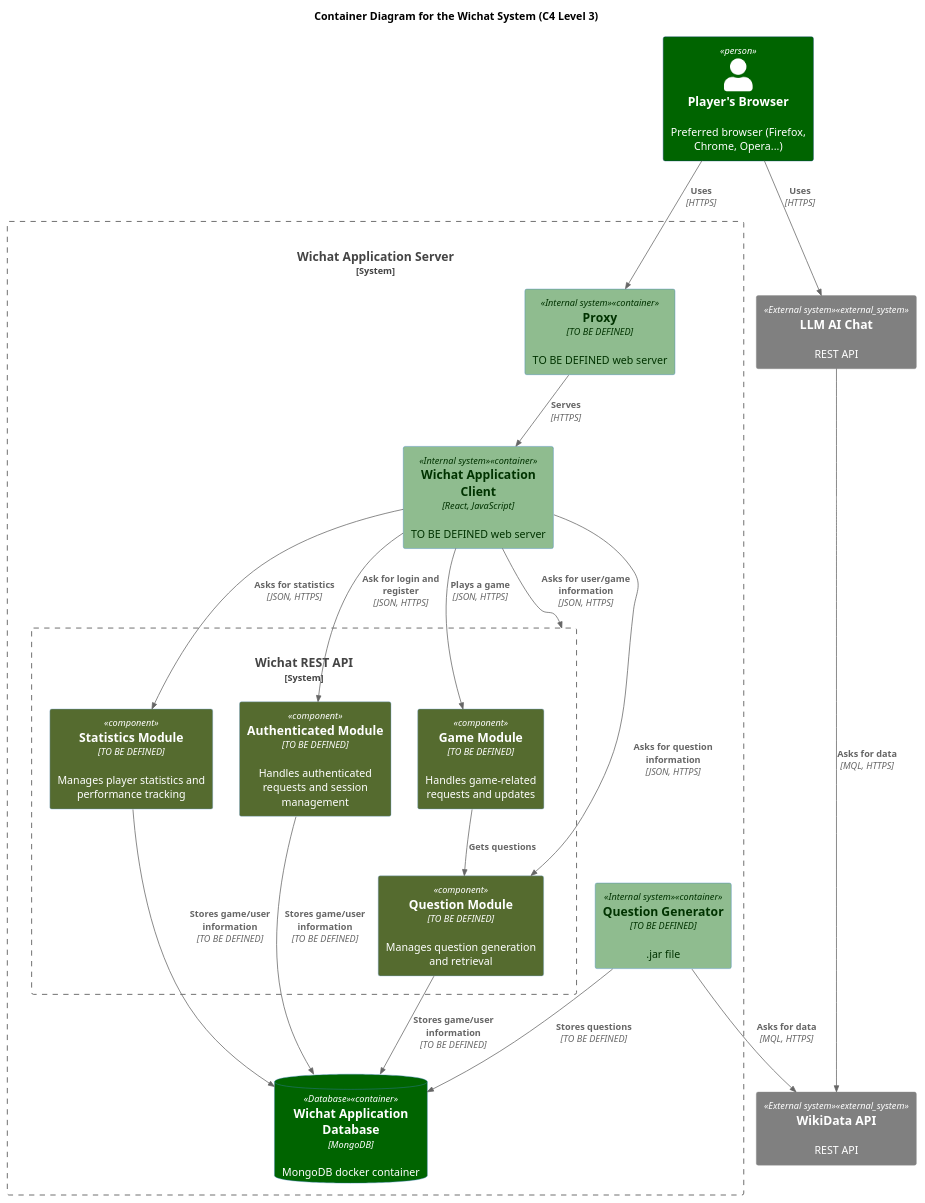
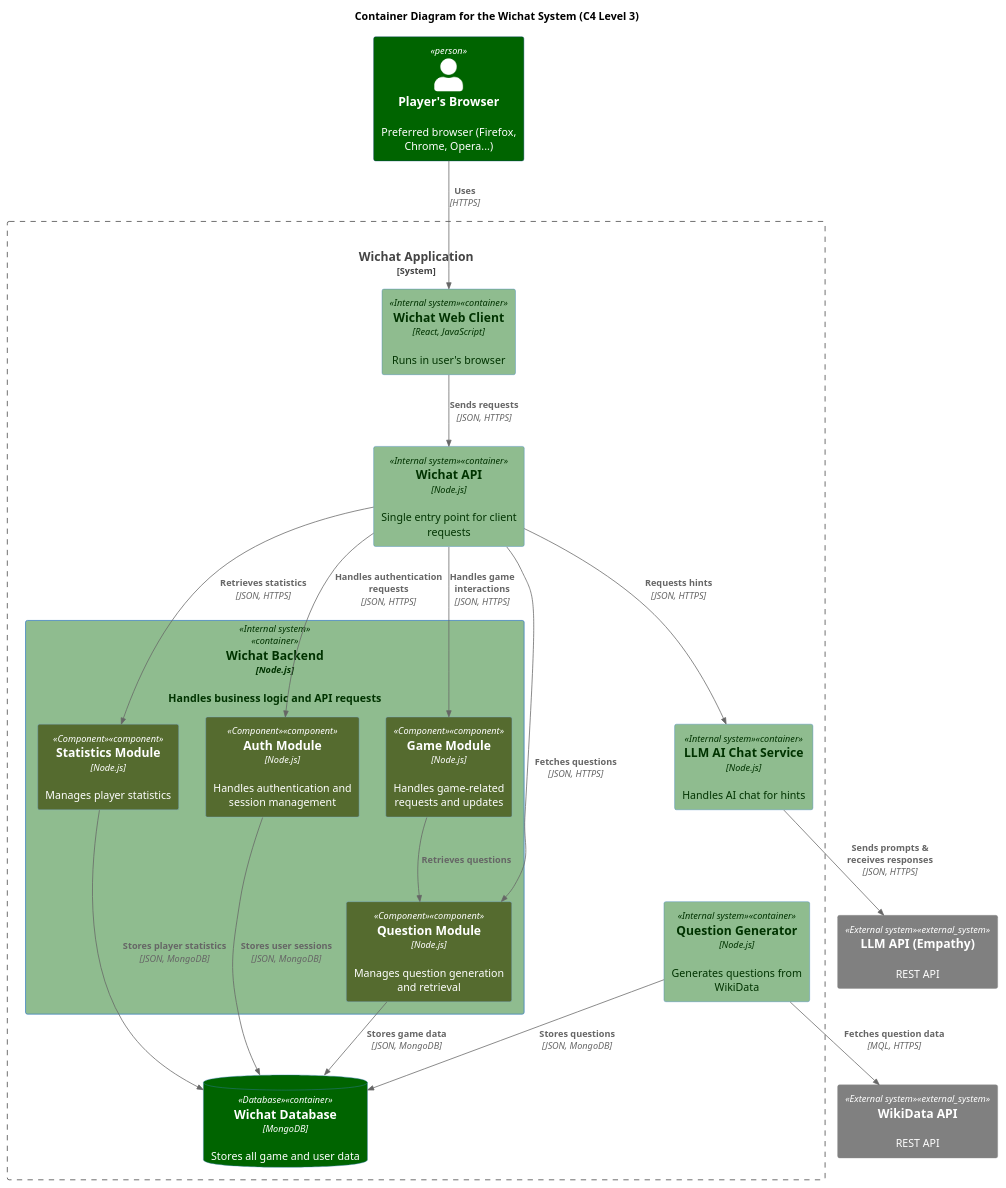
One commit to Arquisoft/wichat_en1a changed the diagram in docs/src/diagrams/C4_component_diagram.puml. Above: the diagram before and after it, drawn with PlantUML. The commit also changed 3 other files, not shown here.

Commit message:
docs: Third draft of the 9th section of the documentation (Architecture Decisions)

```diff
--- a/docs/src/diagrams/C4_component_diagram.puml
+++ b/docs/src/diagrams/C4_component_diagram.puml
@@ -1,56 +1,54 @@
 @startuml
 !includeurl https://raw.githubusercontent.com/RicardoNiepel/C4-PlantUML/master/C4_Container.puml
 !include <c4/C4_Container.puml>
 !include <c4/C4_Component.puml>
 
 title Container Diagram for the Wichat System (C4 Level 3)
 
 AddElementTag("Person", $bgColor="#darkgreen", $fontColor="#white")
 AddElementTag("Internal system", $bgColor="#darkseagreen", $fontColor="#003300")
 AddElementTag("External system", $bgColor="#gray", $fontColor="#white")
 AddElementTag("Database", $bgColor="#darkgreen", $fontColor="#white")
 AddElementTag("Component", $bgColor="#darkolivegreen", $fontColor="#white")
 
 ' Containers
-Person(player, Player's Browser, "Preferred browser (Firefox, Chrome, Opera...)")
+Person(player, "Player's Browser", "Preferred browser (Firefox, Chrome, Opera...)")
 
-System_Boundary(wichat, "Wichat Application Server") {
-    Container(proxy, "Proxy", "TO BE DEFINED", "TO BE DEFINED web server", $tags="Internal system")
-    Container(web_app, "Wichat Application Client", "React, JavaScript", "TO BE DEFINED web server", $tags="Internal system")
+System_Boundary(wichat, "Wichat Application") {
+Container(web_app, "Wichat Web Client", "React, JavaScript", "Runs in user's browser", $tags="Internal system")
+Container(api_gateway, "Wichat API", "Node.js", "Single entry point for client requests", $tags="Internal system")
 
-    System_Boundary(backend_api, "Wichat REST API") {
-        Component(auth_module, "Authenticated Module", "TO BE DEFINED", "Handles authenticated requests and session management", $tags="<<componente>>")
-        Component(game_module, "Game Module", "TO BE DEFINED", "Handles game-related requests and updates", $tags="<<componente>>")
-        Component(statistics_module, "Statistics Module", "TO BE DEFINED", "Manages player statistics and performance tracking", $tags="<<componente>>")
-        Component(question_module, "Question Module", "TO BE DEFINED", "Manages question generation and retrieval", $tags="<<componente>>")
-    }
+Container(backend, "Wichat Backend", "Node.js", "Handles business logic and API requests", $tags="Internal system") {
+    Component(auth_module, "Auth Module", "Node.js", "Handles authentication and session management", $tags="Component")
+    Component(game_module, "Game Module", "Node.js", "Handles game-related requests and updates", $tags="Component")
+    Component(statistics_module, "Statistics Module", "Node.js", "Manages player statistics", $tags="Component")
+    Component(question_module, "Question Module", "Node.js", "Manages question generation and retrieval", $tags="Component")
+}
 
-    Container(question_generator, "Question Generator", "TO BE DEFINED", ".jar file", $tags="Internal system")
-    ContainerDb(database, "Wichat Application Database", "MongoDB", "MongoDB docker container", $tags="Database")
+Container(question_generator, "Question Generator", "Node.js", "Generates questions from WikiData", $tags="Internal system")
+Container(llm_ai_chat, "LLM AI Chat Service", "Node.js", "Handles AI chat for hints", $tags="Internal system")
+ContainerDb(database, "Wichat Database", "MongoDB", "Stores all game and user data", $tags="Database")
 }
 
 System_Ext(wikidata, "WikiData API", "REST API", $tags="External system")
-System_Ext(llm, "LLM AI Chat", "REST API", $tags="External system")
+System_Ext(llm_api, "LLM API (Empathy)", "REST API", $tags="External system")
 
 ' Relations
-Rel(player, proxy, "Uses", "HTTPS")
-Rel(proxy, web_app, "Serves", "HTTPS")
-Rel(web_app, backend_api, "Asks for user/game information", "JSON, HTTPS")
-Rel(question_generator, wikidata, "Asks for data", "MQL, HTTPS")
-Rel(llm, wikidata, "Asks for data", "MQL, HTTPS")
-Rel(player, llm, "Uses", "HTTPS")
+Rel(player, web_app, "Uses", "HTTPS")
+Rel(web_app, api_gateway, "Sends requests", "JSON, HTTPS")
+Rel(api_gateway, auth_module, "Handles authentication requests", "JSON, HTTPS")
+Rel(api_gateway, game_module, "Handles game interactions", "JSON, HTTPS")
+Rel(api_gateway, statistics_module, "Retrieves statistics", "JSON, HTTPS")
+Rel(api_gateway, llm_ai_chat, "Requests hints", "JSON, HTTPS")
+Rel(api_gateway, question_module, "Fetches questions", "JSON, HTTPS")
 
-Rel(question_generator, database, "Stores questions", "TO BE DEFINED")
+Rel(question_generator, wikidata, "Fetches question data", "MQL, HTTPS")
+Rel(llm_ai_chat, llm_api, "Sends prompts & receives responses", "JSON, HTTPS")
+Rel(question_generator, database, "Stores questions", "JSON, MongoDB")
 
-' Relations for modules
-Rel(web_app, auth_module, "Ask for login and register", "JSON, HTTPS")
-Rel(web_app, game_module, "Plays a game", "JSON, HTTPS")
-Rel(web_app, statistics_module, "Asks for statistics", "JSON, HTTPS")
-Rel(web_app, question_module, "Asks for question information", "JSON, HTTPS")
-
-
-Rel(game_module,question_module,"Gets questions")
-Rel(question_module,database,"Stores game/user information","TO BE DEFINED")
-Rel(statistics_module,database,"Stores game/user information","TO BE DEFINED")
-Rel(auth_module,database,"Stores game/user information","TO BE DEFINED")
+' Relations for backend modules
+Rel(game_module, question_module, "Retrieves questions")
+Rel(question_module, database, "Stores game data", "JSON, MongoDB")
+Rel(statistics_module, database, "Stores player statistics", "JSON, MongoDB")
+Rel(auth_module, database, "Stores user sessions", "JSON, MongoDB")
 @enduml
```
